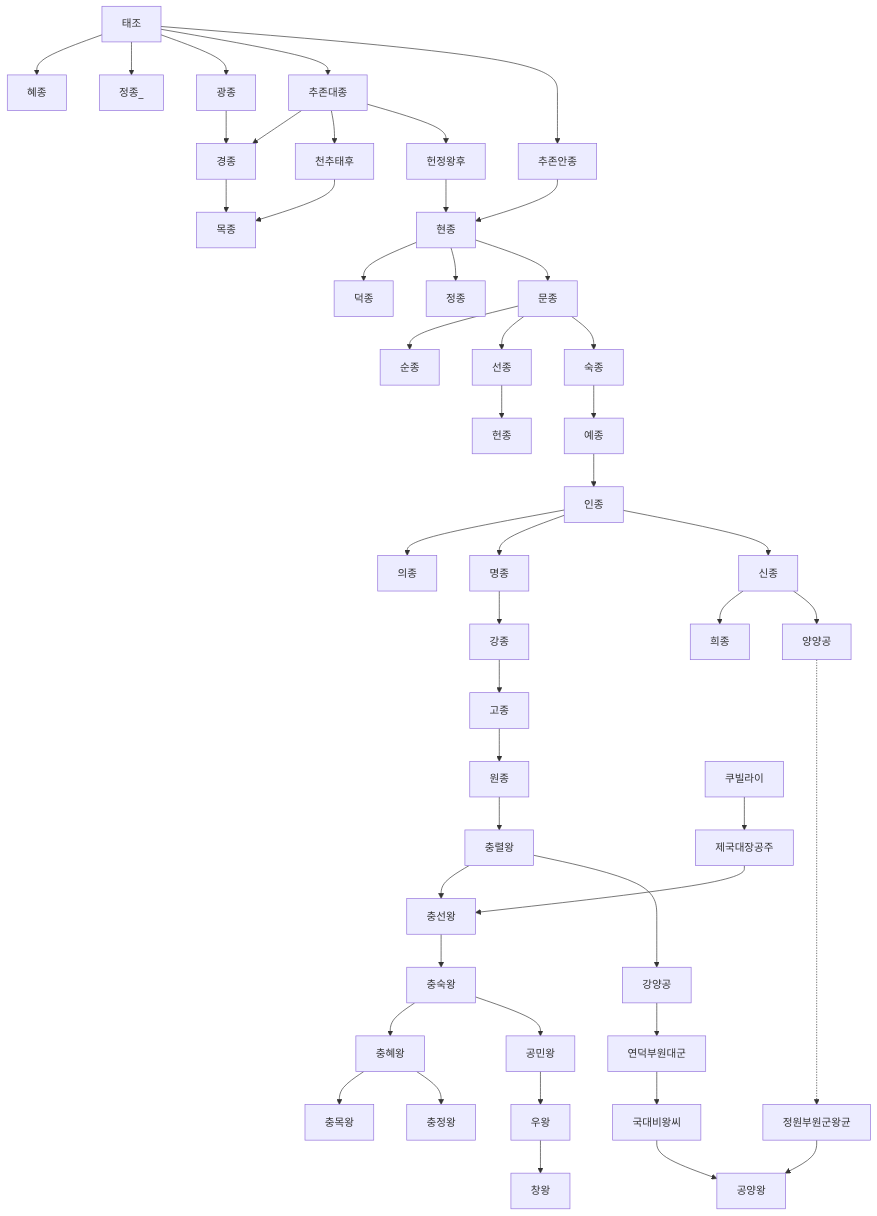
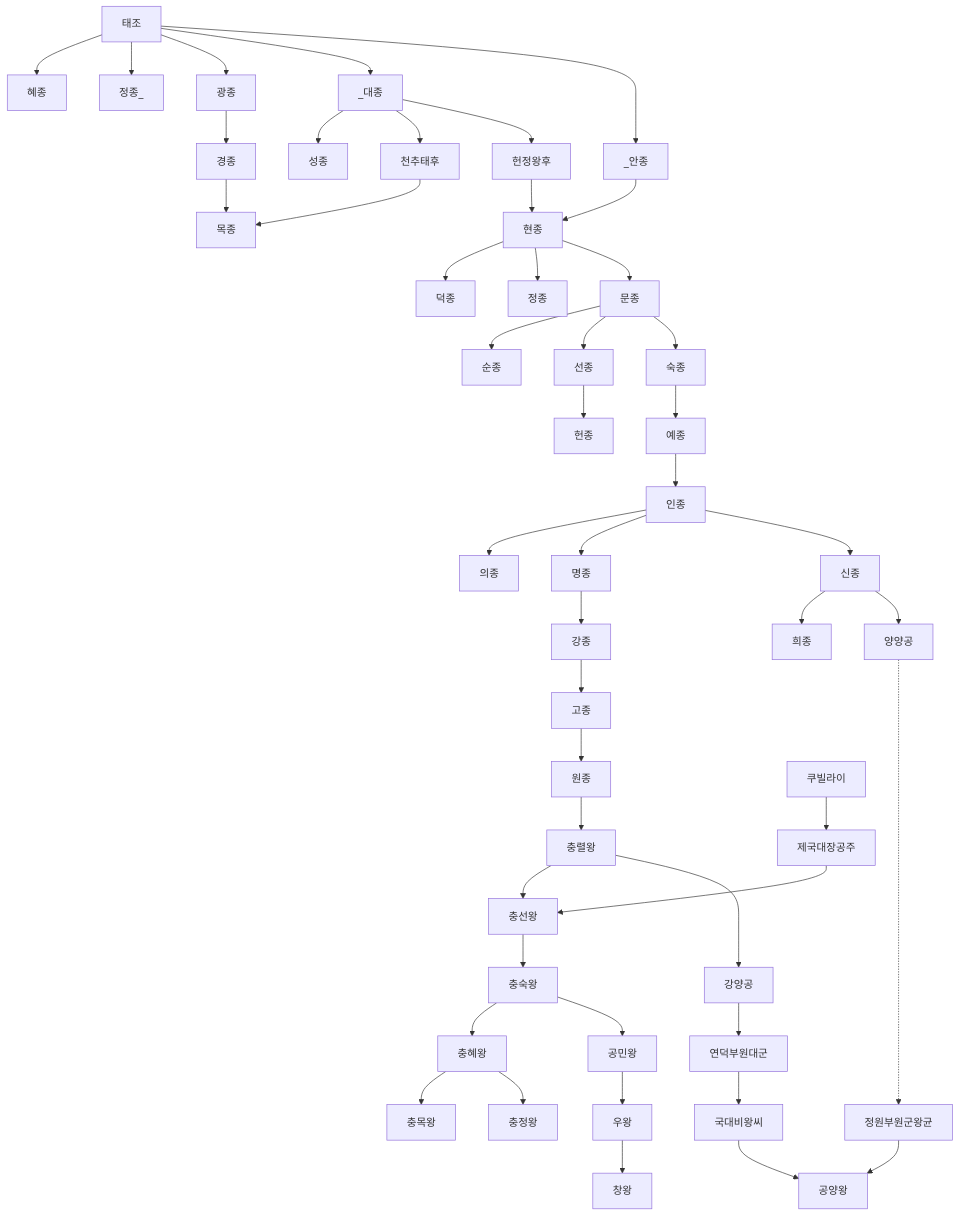
One commit to daewonyoon/historigram changed the second of 3 diagrams in 한국사/고려왕조_가계도_전체.md. Above: the diagram before and after it, drawn with Mermaid. The commit also changed other lines of this file, not shown here.

````diff
--- a/한국사/고려왕조_가계도_전체.md
+++ b/한국사/고려왕조_가계도_전체.md
@@ -47,23 +56,23 @@
 ```mermaid
 graph TD
 
 태조 --> 혜종 
 태조 --> 정종_
-태조 --> 광종 --> 경종
-태조 --> 추존대종 --> 경종 --> 목종
-추존대종 --> 천추태후 --> 목종
-추존대종 --> 헌정왕후
-태조 ---> 추존안종 --> 현종 --> 덕종
+태조 --> 광종 --> 경종 --> 목종
+태조 --> _대종 --> 성종
+_대종 --> 천추태후 --> 목종
+_대종 --> 헌정왕후
+태조 ---> _안종 --> 현종 --> 덕종
 헌정왕후 --> 현종 --> 정종
 현종 --> 문종 --> 순종
 문종 --> 선종 --> 헌종 
 문종 --> 숙종 --> 예종 --> 인종 --> 의종 
 인종 --> 명종
 인종 --> 신종 --> 희종 
 명종 --> 강종 --> 고종 --> 원종 --> 충렬왕 --> 충선왕
 쿠빌라이 --> 제국대장공주 --> 충선왕 --> 충숙왕 --> 충혜왕 --> 충목왕
 충혜왕 --> 충정왕
 충숙왕 --> 공민왕 --> 우왕 --> 창왕
 신종 --> 양양공 -.......-> 정원부원군왕균 --> 공양왕
 충렬왕 --> 강양공 --> 연덕부원대군 --> 국대비왕씨 --> 공양왕
 ```
````
